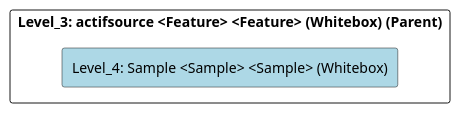
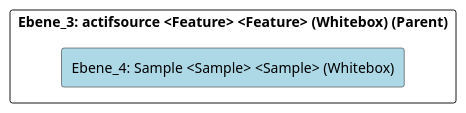
Before and after one commit to marcozwyssig/cleon: the diagram in doc/cleonproject_deliverables_architecture_model_architecture/adoc/de/05_bausteinsicht/cleon/applications/actifsource/sample/ebene_4_sample.adoc, drawn with PlantUML. The commit also changed other lines of this file and 214 other files, not shown here.

```diff
--- a/doc/cleonproject_deliverables_architecture_model_architecture/adoc/de/05_bausteinsicht/cleon/applications/actifsource/sample/ebene_4_sample.adoc
+++ b/doc/cleonproject_deliverables_architecture_model_architecture/adoc/de/05_bausteinsicht/cleon/applications/actifsource/sample/ebene_4_sample.adoc
@@ -20,24 +20,24 @@
-[plantuml, Level_4: Sample <Sample> <Sample> (Whitebox)BlockOverview, format="svg"]
+[plantuml, Ebene_4: Sample <Sample> <Sample> (Whitebox)BlockOverview, format="svg"]
 ----
-@startuml Level_4: Sample <Sample> <Sample> (Whitebox)BuildingBlockOverview
+@startuml Ebene_4: Sample <Sample> <Sample> (Whitebox)BuildingBlockOverview
 
 skinparam ranksep 10
 skinparam componentStyle rectangle
 skinparam shadowing false
 skinparam arrowColor lightblue
 skinparam arrowThickness 1.2
 skinparam rectangle {
   BackgroundColor White
   BorderColor #333
   RoundCorner 10
 }
 top to bottom direction
 
-component "Level_3: actifsource <Feature> <Feature> (Whitebox) (Parent)" {
-    component "Level_4: Sample <Sample> <Sample> (Whitebox)" #lightblue {
+component "Ebene_3: actifsource <Feature> <Feature> (Whitebox) (Parent)" {
+    component "Ebene_4: Sample <Sample> <Sample> (Whitebox)" #lightblue {
     }
 
 }
 
 @enduml
 ----
```
